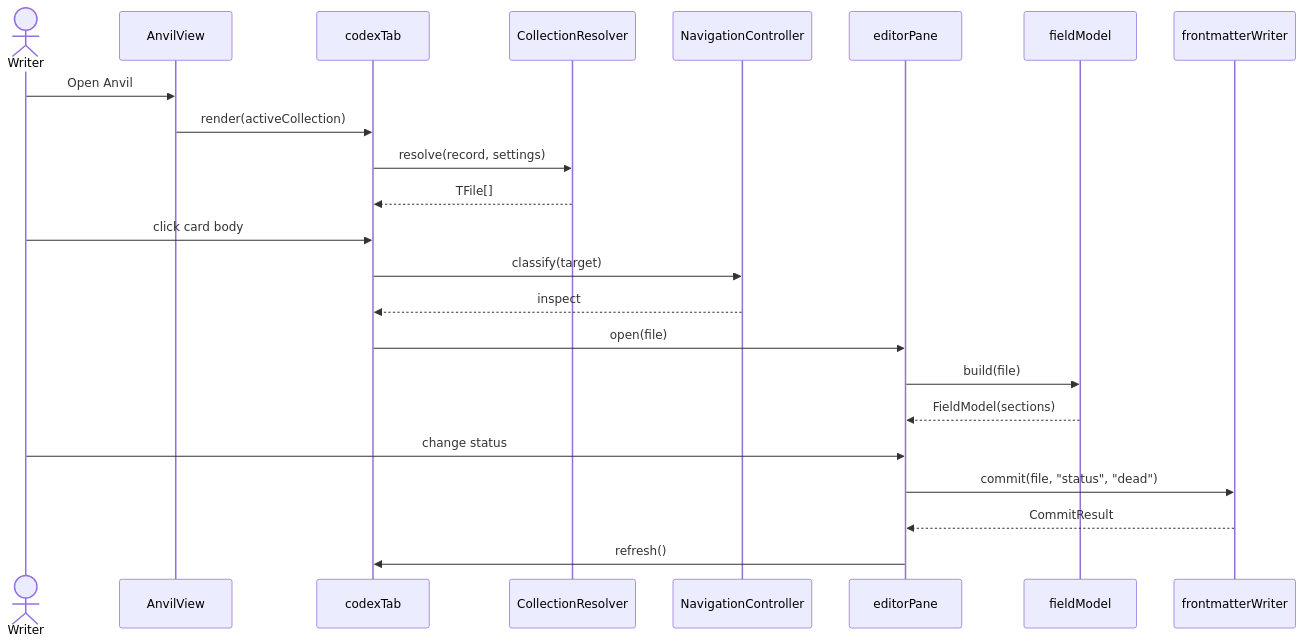
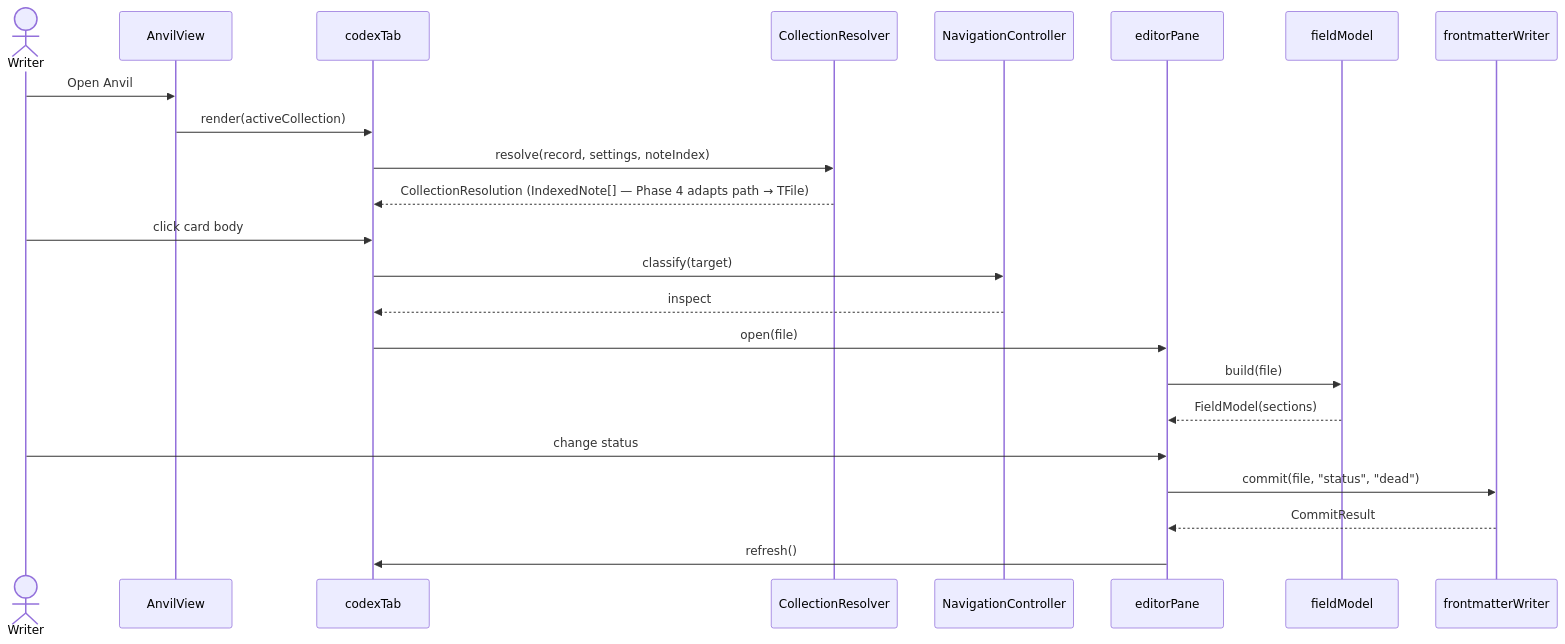
The third of 4 diagrams in docs/XDD/specs/008-codex-surface/solution.md (MMoMM-org/obsidian-story-forge), drawn with Mermaid before and after one commit. The commit also changed other lines of this file and 8 other files, not shown here.

````diff
--- a/docs/XDD/specs/008-codex-surface/solution.md
+++ b/docs/XDD/specs/008-codex-surface/solution.md
@@ -621,26 +669,26 @@
 ```mermaid
 sequenceDiagram
     actor Writer
     participant Anvil as AnvilView
     participant Codex as codexTab
     participant Res as CollectionResolver
     participant Nav as NavigationController
     participant Ed as editorPane
     participant FM as fieldModel
     participant FW as frontmatterWriter
 
     Writer->>Anvil: Open Anvil
     Anvil->>Codex: render(activeCollection)
-    Codex->>Res: resolve(record, settings)
-    Res-->>Codex: TFile[]
+    Codex->>Res: resolve(record, settings, noteIndex)
+    Res-->>Codex: CollectionResolution (IndexedNote[] — Phase 4 adapts path → TFile)
     Writer->>Codex: click card body
     Codex->>Nav: classify(target)
     Nav-->>Codex: inspect
     Codex->>Ed: open(file)
     Ed->>FM: build(file)
     FM-->>Ed: FieldModel(sections)
     Writer->>Ed: change status
     Ed->>FW: commit(file, "status", "dead")
     FW-->>Ed: CommitResult
     Ed->>Codex: refresh()
 ```
````
